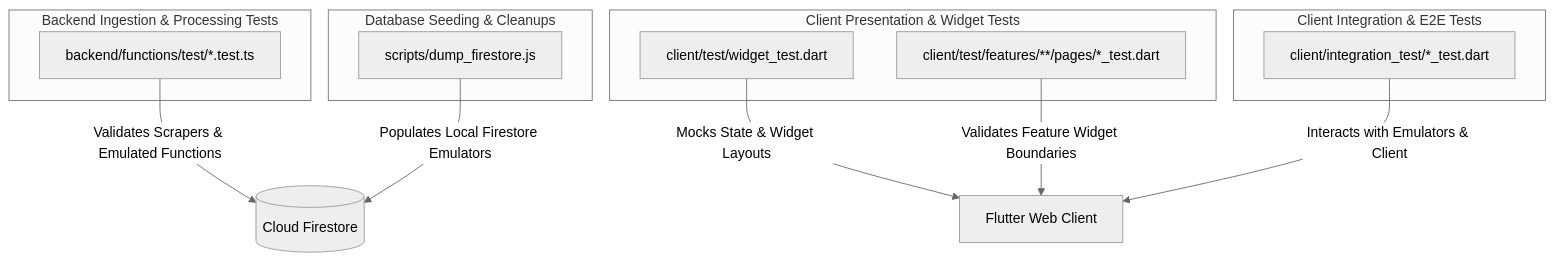
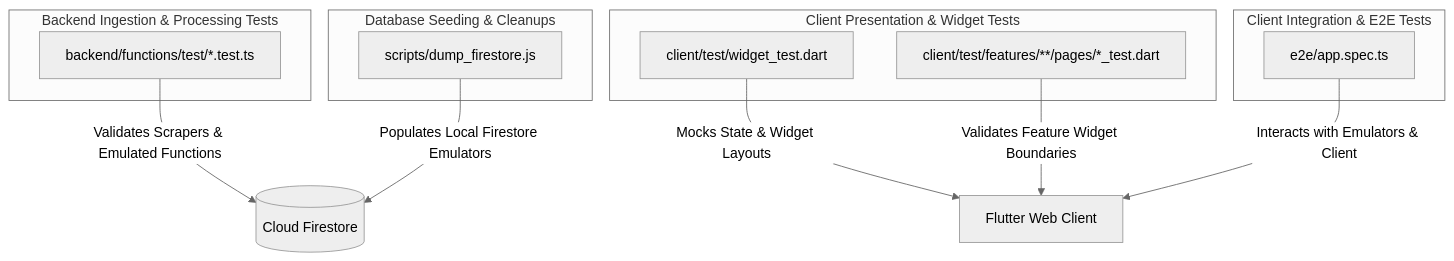
The second of 2 diagrams in .agents/skills/qa/SKILL.md (assafbz/PlainSightIL), drawn with Mermaid (neutral theme) before and after one commit. The commit also changed other lines of this file and 24 other files, not shown here.

````diff
--- a/.agents/skills/qa/SKILL.md
+++ b/.agents/skills/qa/SKILL.md
@@ -52,25 +57,25 @@
 ```mermaid
 graph TD
     subgraph "Backend Ingestion & Processing Tests"
         B_Tests["backend/functions/test/*.test.ts"]
     end
     
     subgraph "Client Presentation & Widget Tests"
         C_Widget["client/test/widget_test.dart"]
         C_Features["client/test/features/**/pages/*_test.dart"]
     end
     
     subgraph "Client Integration & E2E Tests"
-        C_Integration["client/integration_test/*_test.dart"]
+        C_Integration["e2e/app.spec.ts"]
     end
     
     subgraph "Database Seeding & Cleanups"
         DB_Seed["scripts/dump_firestore.js"]
     end
 
     B_Tests -->|Validates Scrapers & Emulated Functions| CloudFirestore[(Cloud Firestore)]
     C_Widget -->|Mocks State & Widget Layouts| FlutterClient[Flutter Web Client]
     C_Features -->|Validates Feature Widget Boundaries| FlutterClient
     C_Integration -->|Interacts with Emulators & Client| FlutterClient
     DB_Seed -->|Populates Local Firestore Emulators| CloudFirestore
 ```
````
